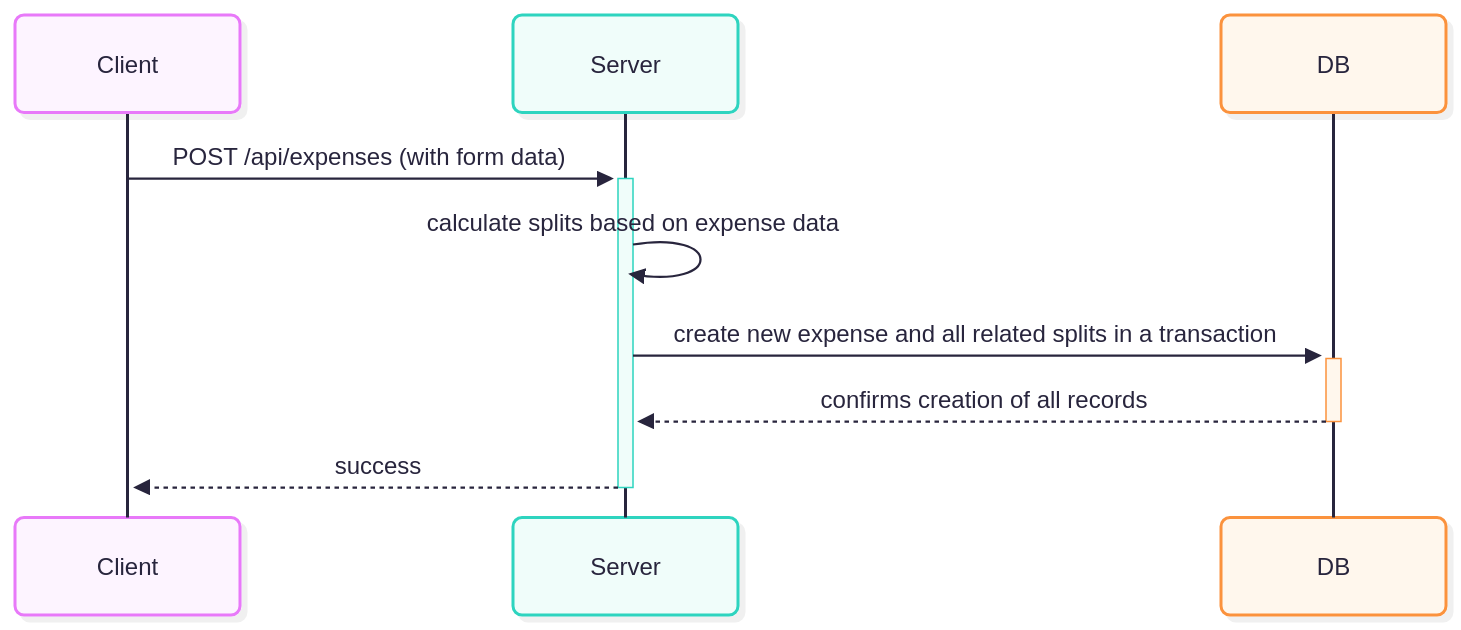
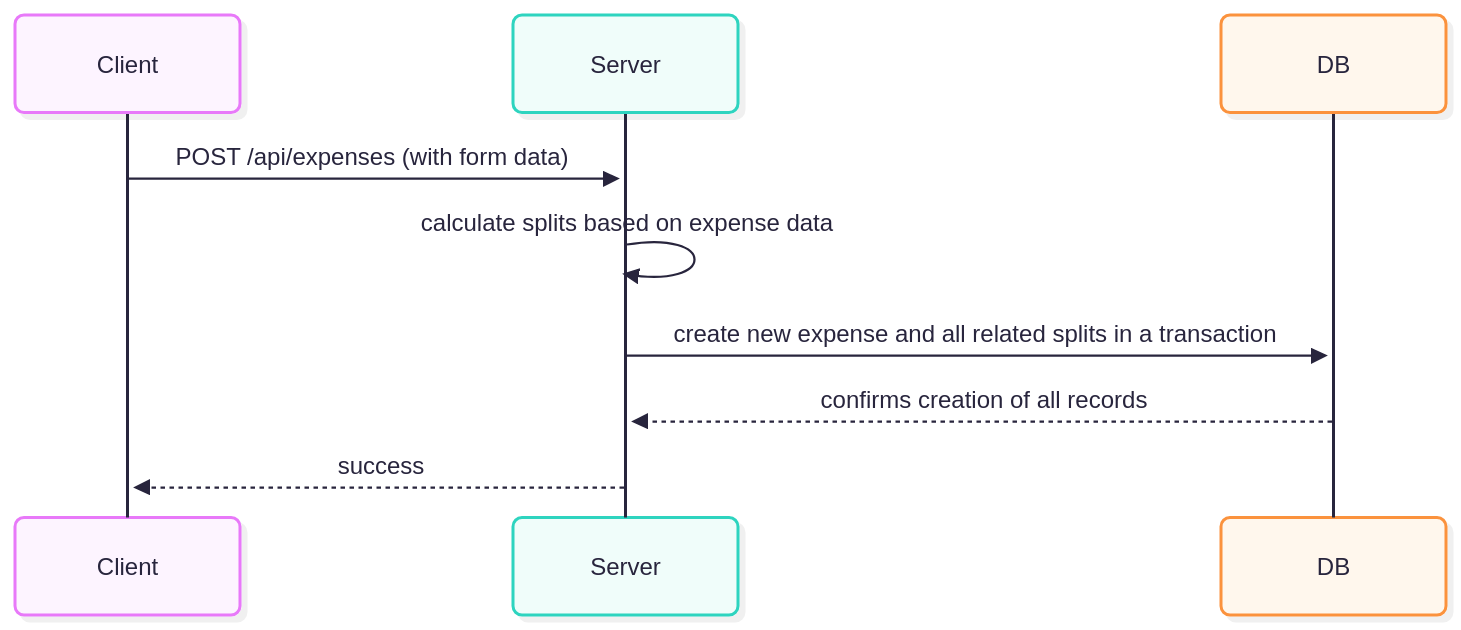
The diagram in mermaid/fairshare/fs-expense.mmd (addy118/portfolio), drawn with Mermaid before and after one commit. The commit also changed 14 other files, not shown here.

Commit message:
feat: add fairshare seq diagrams

```diff
--- a/mermaid/fairshare/fs-expense.mmd
+++ b/mermaid/fairshare/fs-expense.mmd
@@ -1,16 +1,16 @@
 ---
 config:
   theme: redux-color
   look: neo
 ---
 
 sequenceDiagram
   participant Client as Client
   participant Server as Server
   participant DB as DB
 
-  Client ->>+ Server: POST /api/expenses (with form data)
+  Client ->> Server: POST /api/expenses (with form data)
   Server ->> Server: calculate splits based on expense data
-  Server ->>+ DB: create new expense and all related splits in a transaction
-  DB -->>- Server: confirms creation of all records
-  Server -->>- Client: success
+  Server ->> DB: create new expense and all related splits in a transaction
+  DB -->> Server: confirms creation of all records
+  Server -->> Client: success
```
